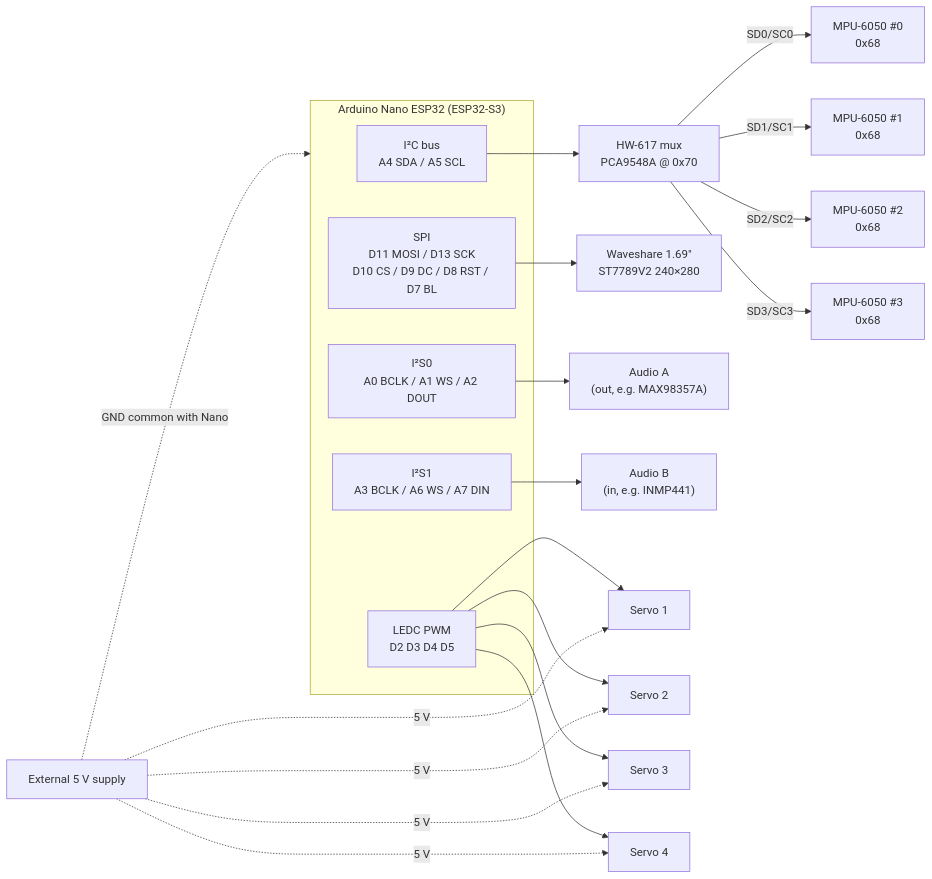
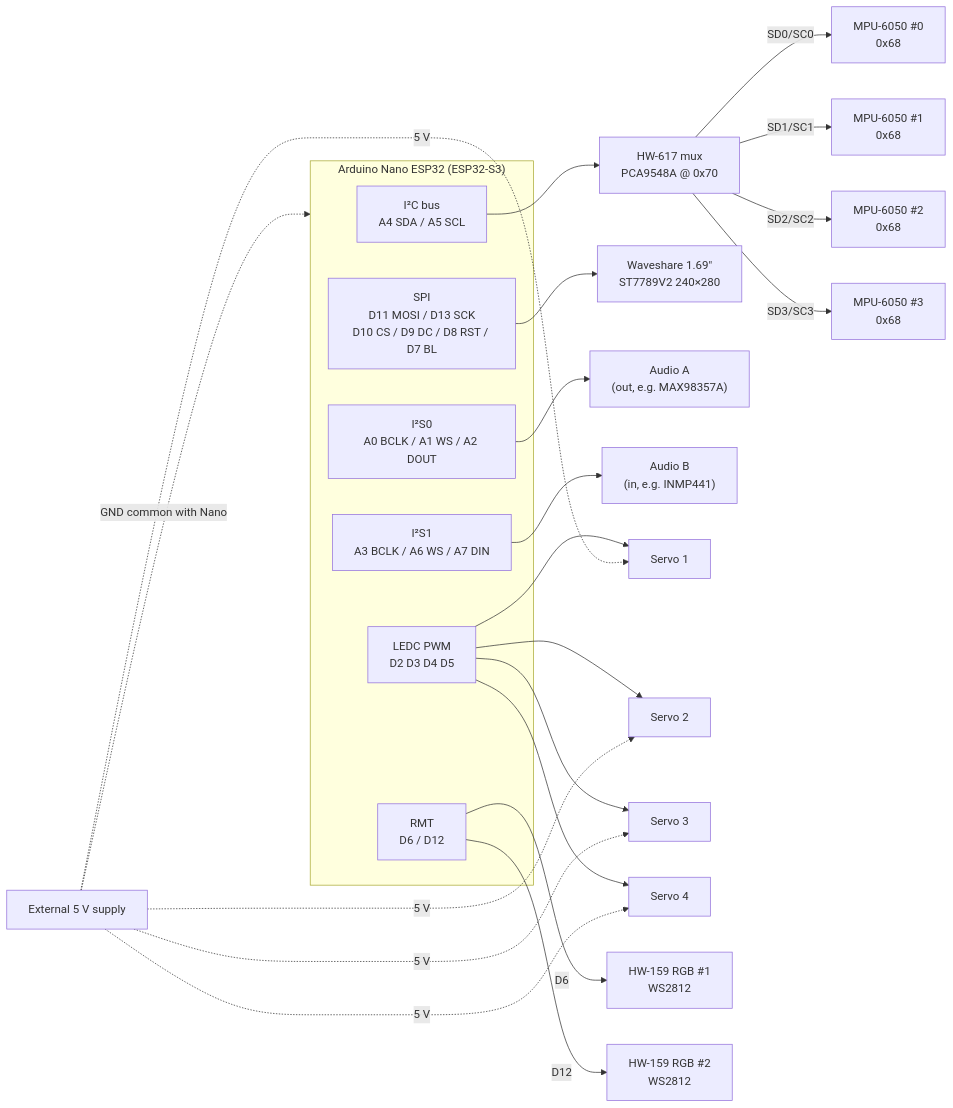
One commit to melucasleite/mark85 changed the diagram in README.md. Above: the diagram before and after it, drawn with Mermaid. The commit also changed other lines of this file, not shown here.

Commit message:
Add two independent HW-159 (WS2812) RGB buses to README

````diff
--- a/README.md
+++ b/README.md
@@ -48,29 +51,33 @@
 ```mermaid
 graph LR
     subgraph NANO["Arduino Nano ESP32 (ESP32-S3)"]
         I2C["I²C bus<br/>A4 SDA / A5 SCL"]
         SPI["SPI<br/>D11 MOSI / D13 SCK<br/>D10 CS / D9 DC / D8 RST / D7 BL"]
         I2S0["I²S0<br/>A0 BCLK / A1 WS / A2 DOUT"]
         I2S1["I²S1<br/>A3 BCLK / A6 WS / A7 DIN"]
         PWM["LEDC PWM<br/>D2 D3 D4 D5"]
+        RMT["RMT<br/>D6 / D12"]
     end
 
     I2C --> MUX["HW-617 mux<br/>PCA9548A @ 0x70"]
     MUX -- "SD0/SC0" --> IMU0["MPU-6050 #0<br/>0x68"]
     MUX -- "SD1/SC1" --> IMU1["MPU-6050 #1<br/>0x68"]
     MUX -- "SD2/SC2" --> IMU2["MPU-6050 #2<br/>0x68"]
     MUX -- "SD3/SC3" --> IMU3["MPU-6050 #3<br/>0x68"]
 
     SPI --> LCD["Waveshare 1.69&quot;<br/>ST7789V2 240×280"]
 
     I2S0 --> AUDA["Audio A<br/>(out, e.g. MAX98357A)"]
     I2S1 --> AUDB["Audio B<br/>(in, e.g. INMP441)"]
 
     PWM --> S1["Servo 1"]
     PWM --> S2["Servo 2"]
     PWM --> S3["Servo 3"]
     PWM --> S4["Servo 4"]
 
+    RMT -- "D6" --> RGB1["HW-159 RGB #1<br/>WS2812"]
+    RMT -- "D12" --> RGB2["HW-159 RGB #2<br/>WS2812"]
+
     PSU["External 5 V supply"] -.->|"5 V"| S1 & S2 & S3 & S4
     PSU -.->|"GND common with Nano"| NANO
 ```
````
